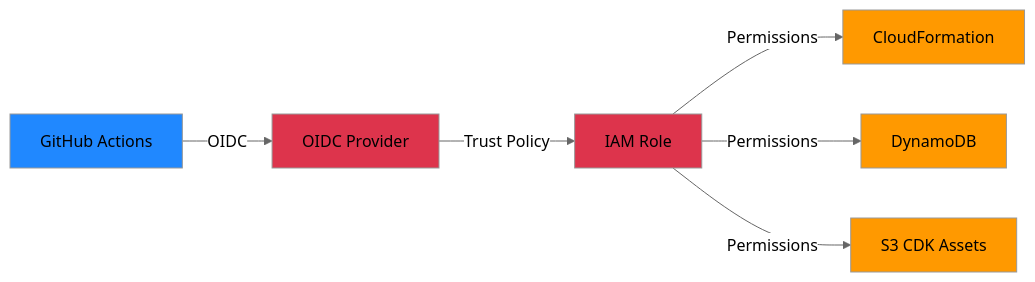
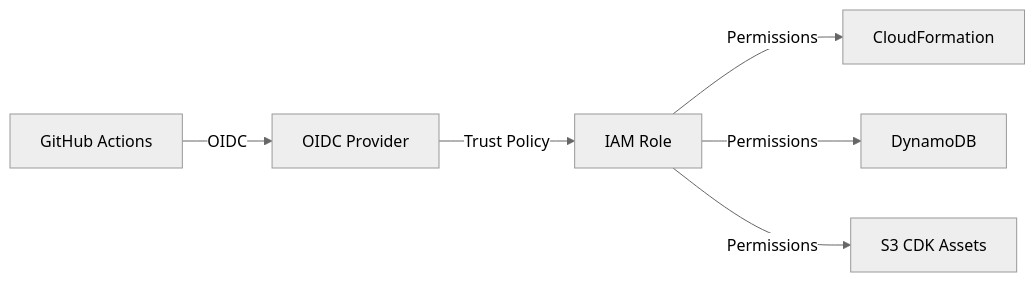
The second of 2 diagrams in docs/architecture/cicd-deployment-strategy.md (goataka/attendance-kit), drawn with Mermaid (neutral theme) before and after one commit. The commit also changed other lines of this file and 19 other files, not shown here.

````diff
--- a/docs/architecture/cicd-deployment-strategy.md
+++ b/docs/architecture/cicd-deployment-strategy.md
@@ -46,15 +31,8 @@
 ```mermaid
 graph LR
     A[GitHub Actions] -->|OIDC| B[OIDC Provider]
     B -->|Trust Policy| C[IAM Role]
     C -->|Permissions| D[CloudFormation]
     C -->|Permissions| E[DynamoDB]
     C -->|Permissions| F[S3 CDK Assets]
-    
-    style A fill:#2088FF
-    style B fill:#DD344C
-    style C fill:#DD344C
-    style D fill:#FF9900
-    style E fill:#FF9900
-    style F fill:#FF9900
 ```
````
